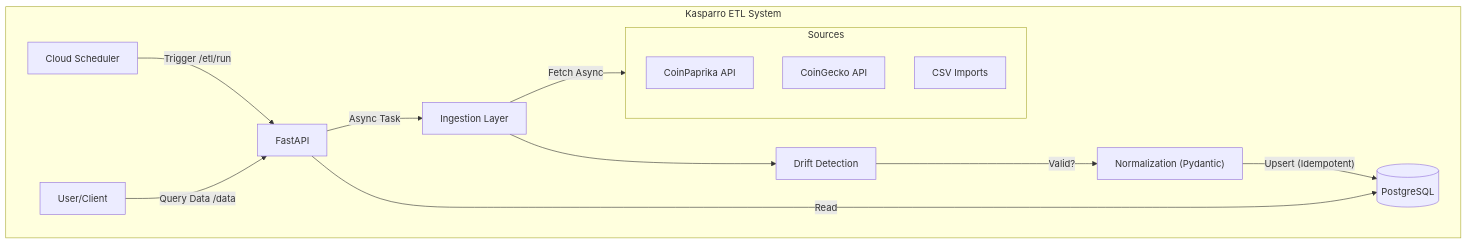
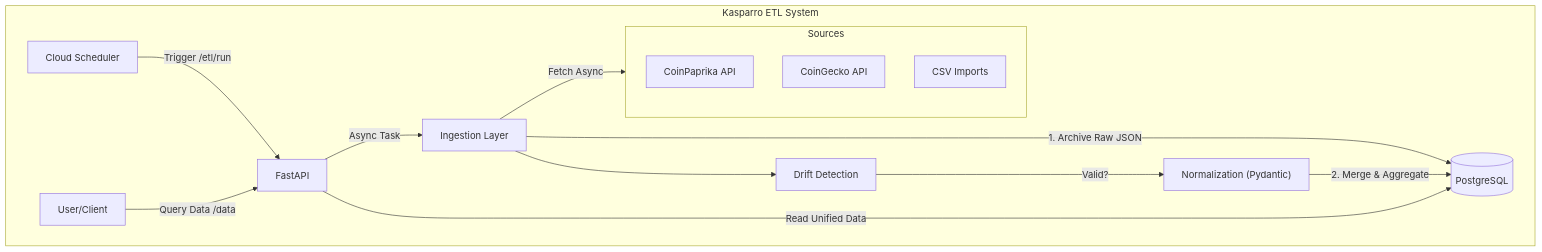
The diagram in README.md (SKV-io-495/kasparro-backend-Sumit-Verma), drawn with Mermaid before and after one commit. The commit also changed other lines of this file, not shown here.

First line of the commit message:
Revise architecture overview and data handling details

````diff
--- a/README.md
+++ b/README.md
@@ -31,24 +33,25 @@
 ```mermaid
 graph TD
     subgraph Sources
         CP[CoinPaprika API]
         CG[CoinGecko API]
         CSV[CSV Imports]
     end
 
     subgraph "Kasparro ETL System"
         Scheduler[Cloud Scheduler] -->|Trigger /etl/run| API_Gateway[FastAPI]
         User[User/Client] -->|Query Data /data| API_Gateway
         
         API_Gateway -->|Async Task| Ingestion[Ingestion Layer]
         
         Ingestion -->|Fetch Async| Sources
+        Ingestion -->|1. Archive Raw JSON| DB[(PostgreSQL)]
         
         Ingestion --> Drift[Drift Detection]
         Drift -->|Valid?| Schema["Normalization (Pydantic)"]
         
-        Schema -->|"Upsert (Idempotent)"| DB[(PostgreSQL)]
+        Schema -->|2. Merge & Aggregate| DB
         
-        API_Gateway -->|Read| DB
+        API_Gateway -->|Read Unified Data| DB
     end
 ```
````
